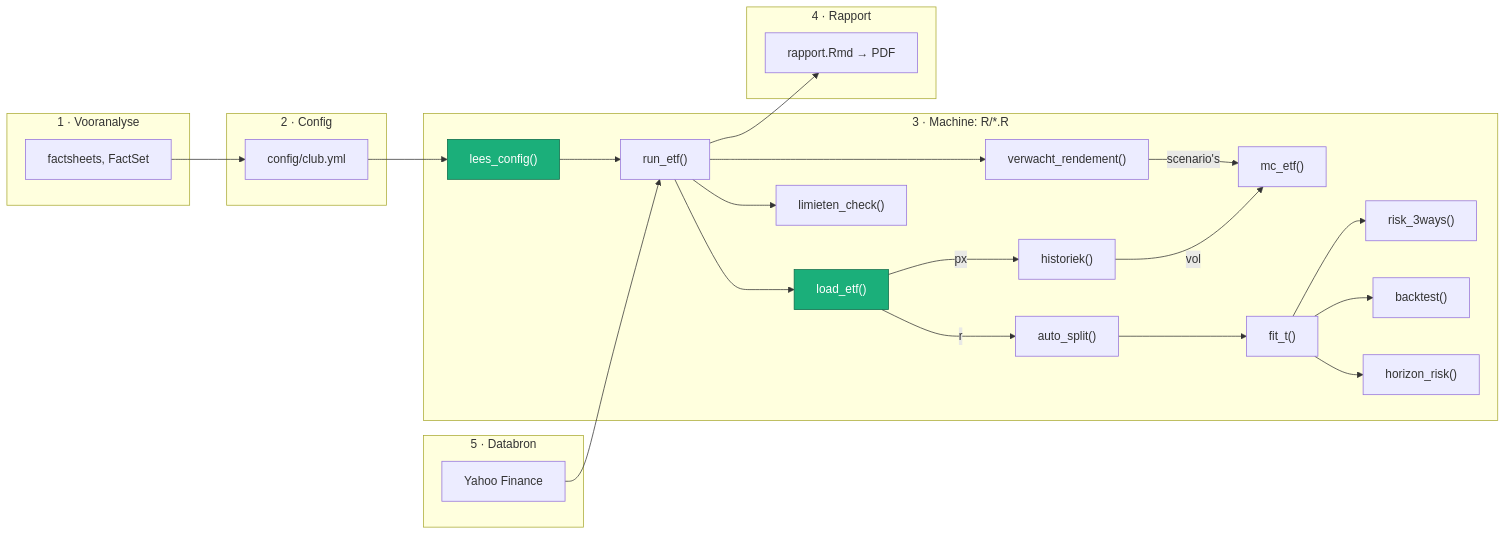
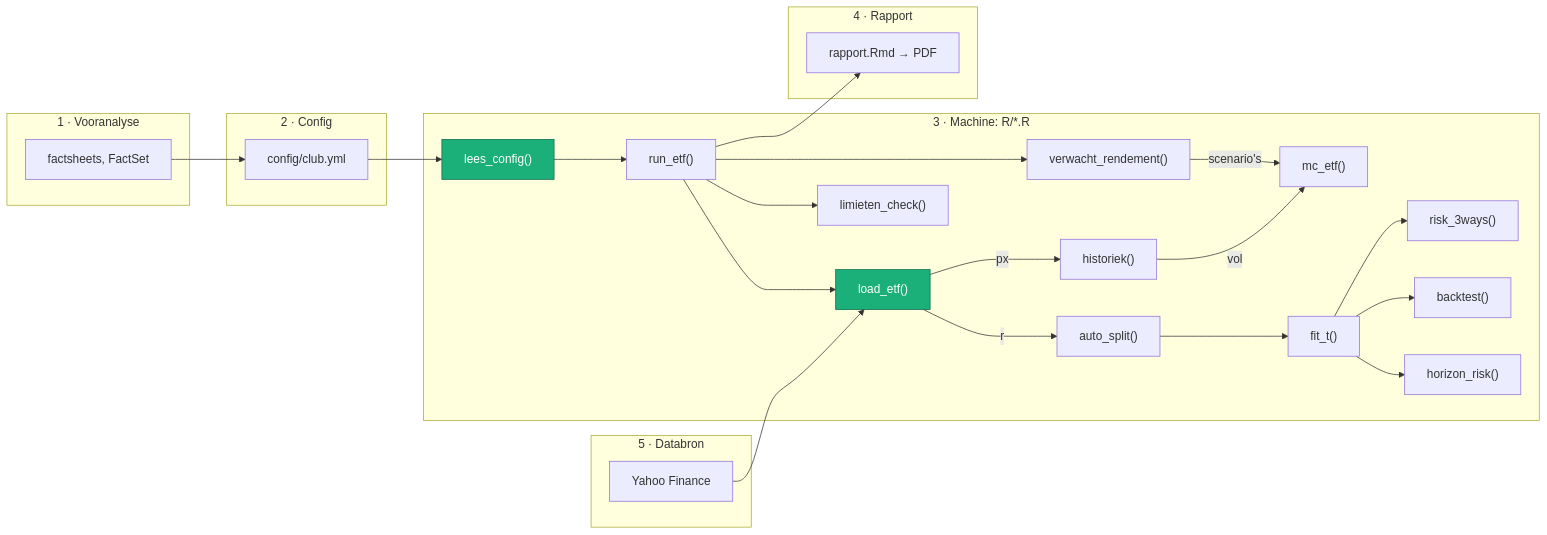
One commit to batistedecat/etf-model-1 changed the diagram in LOG.md. Above: the diagram before and after it, drawn with Mermaid.

Commit message:
Update flow from YH to LE in LOG.md

````diff
--- a/LOG.md
+++ b/LOG.md
@@ -37,43 +37,43 @@
 ```mermaid
 flowchart LR
   subgraph A["1 · Vooranalyse"]
     S["factsheets, FactSet"]
   end
   subgraph B["2 · Config"]
     Y["config/club.yml"]
   end
   subgraph C["3 · Machine: R/*.R"]
     LC["lees_config()"]
     RE["run_etf()"]
     LE["load_etf()"]
     HI["historiek()"]
     VR["verwacht_rendement()"]
     MC["mc_etf()"]
     AS["auto_split()"]
     FT["fit_t()"]
     RK["risk_3ways()"]
     BT["backtest()"]
     HR["horizon_risk()"]
     LM["limieten_check()"]
   end
   subgraph D["4 · Rapport"]
     RP["rapport.Rmd → PDF"]
   end
   subgraph E["5 · Databron"]
     YH["Yahoo Finance"]
   end
   S --> Y --> LC --> RE
   RE --> LE
   LE -->|px| HI
-  YH --> RE
+  YH --> LE
   RE --> VR -->|scenario's| MC
   HI -->|vol| MC
   LE -->|r| AS --> FT
   FT --> RK
   FT --> BT
   FT --> HR
   RE --> LM
   RE --> RP
   classDef klaar fill:#1BAF7A,color:#fff,stroke:#0d6b4a
   class LC,LE klaar
 ```
````
